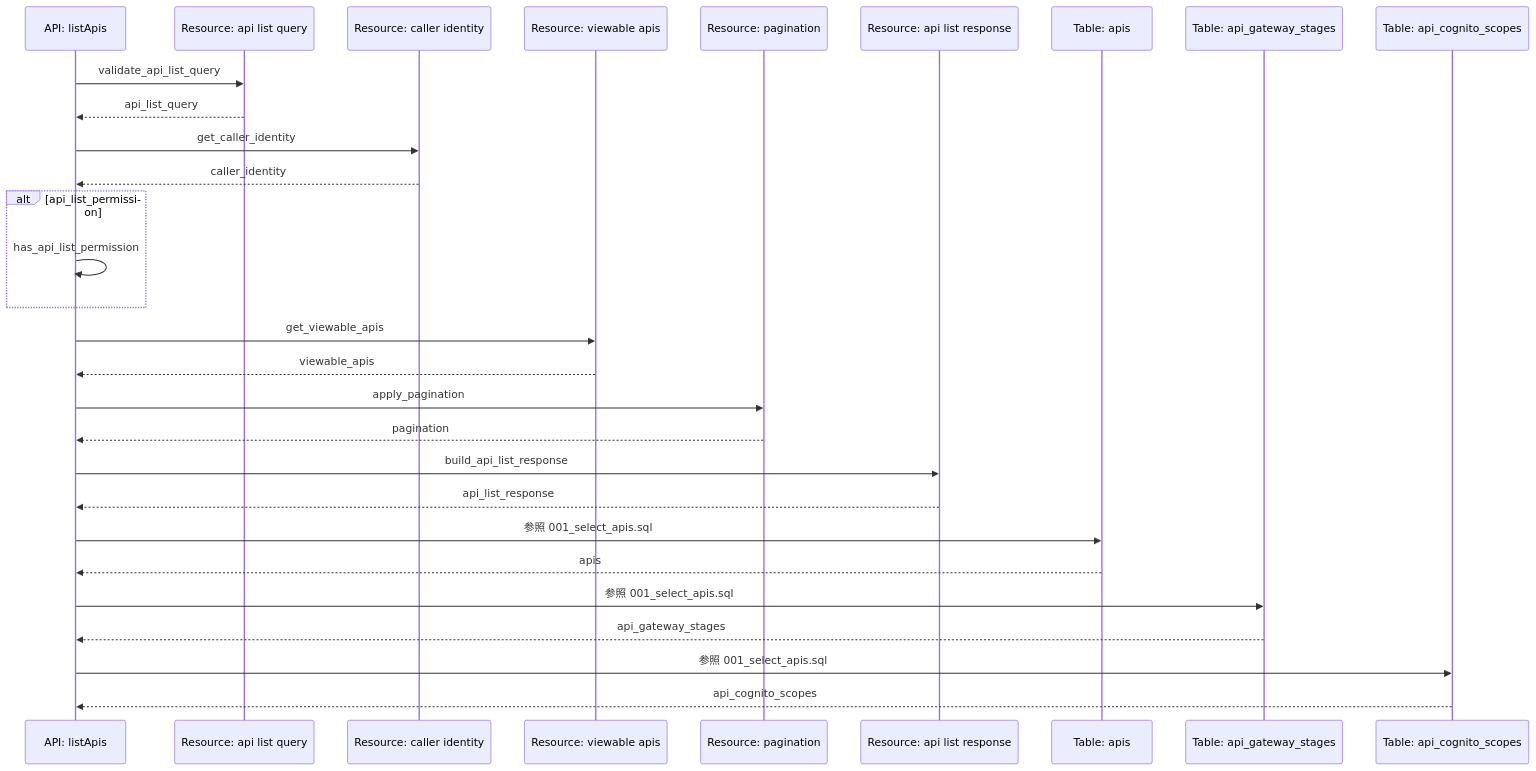
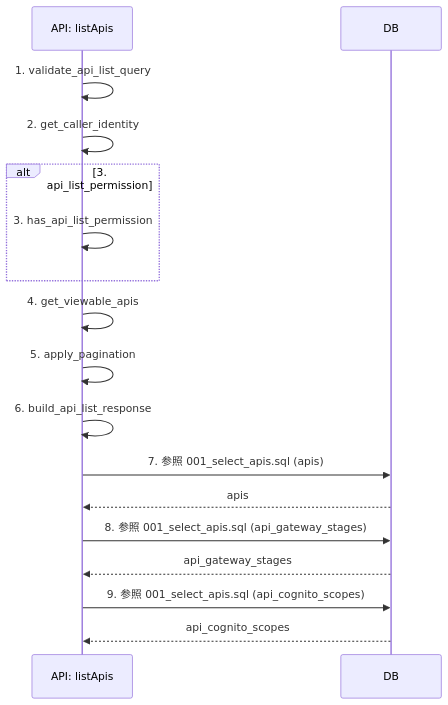
One commit to tsuji-tomonori/lazunex changed the diagram in docs/spec/40.apis/apis/list_apis/sequence_gen.md. Above: the diagram before and after it, drawn with Mermaid. The commit also changed 14 other files, not shown here.

First line of the commit message:
♻️ refactor(api): sequence participantをintegration境界へ整理

````diff
--- a/docs/spec/40.apis/apis/list_apis/sequence_gen.md
+++ b/docs/spec/40.apis/apis/list_apis/sequence_gen.md
@@ -5,31 +5,19 @@
 ```mermaid
 sequenceDiagram
   participant API as API: listApis
-  participant R_api_list_query as Resource: api list query
-  participant R_caller_identity as Resource: caller identity
-  participant R_viewable_apis as Resource: viewable apis
-  participant R_pagination as Resource: pagination
-  participant R_api_list_response as Resource: api list response
-  participant T_apis as Table: apis
-  participant T_api_gateway_stages as Table: api_gateway_stages
-  participant T_api_cognito_scopes as Table: api_cognito_scopes
-  API->>R_api_list_query: validate_api_list_query
-  R_api_list_query-->>API: api_list_query
-  API->>R_caller_identity: get_caller_identity
-  R_caller_identity-->>API: caller_identity
-  alt api_list_permission
-    API->>API: has_api_list_permission
+  participant DB as DB
+  API->>API: 1. validate_api_list_query
+  API->>API: 2. get_caller_identity
+  alt 3. api_list_permission
+    API->>API: 3. has_api_list_permission
   end
-  API->>R_viewable_apis: get_viewable_apis
-  R_viewable_apis-->>API: viewable_apis
-  API->>R_pagination: apply_pagination
-  R_pagination-->>API: pagination
-  API->>R_api_list_response: build_api_list_response
-  R_api_list_response-->>API: api_list_response
-  API->>T_apis: 参照 001_select_apis.sql
-  T_apis-->>API: apis
-  API->>T_api_gateway_stages: 参照 001_select_apis.sql
-  T_api_gateway_stages-->>API: api_gateway_stages
-  API->>T_api_cognito_scopes: 参照 001_select_apis.sql
-  T_api_cognito_scopes-->>API: api_cognito_scopes
+  API->>API: 4. get_viewable_apis
+  API->>API: 5. apply_pagination
+  API->>API: 6. build_api_list_response
+  API->>DB: 7. 参照 001_select_apis.sql (apis)
+  DB-->>API: apis
+  API->>DB: 8. 参照 001_select_apis.sql (api_gateway_stages)
+  DB-->>API: api_gateway_stages
+  API->>DB: 9. 参照 001_select_apis.sql (api_cognito_scopes)
+  DB-->>API: api_cognito_scopes
 ```
````
